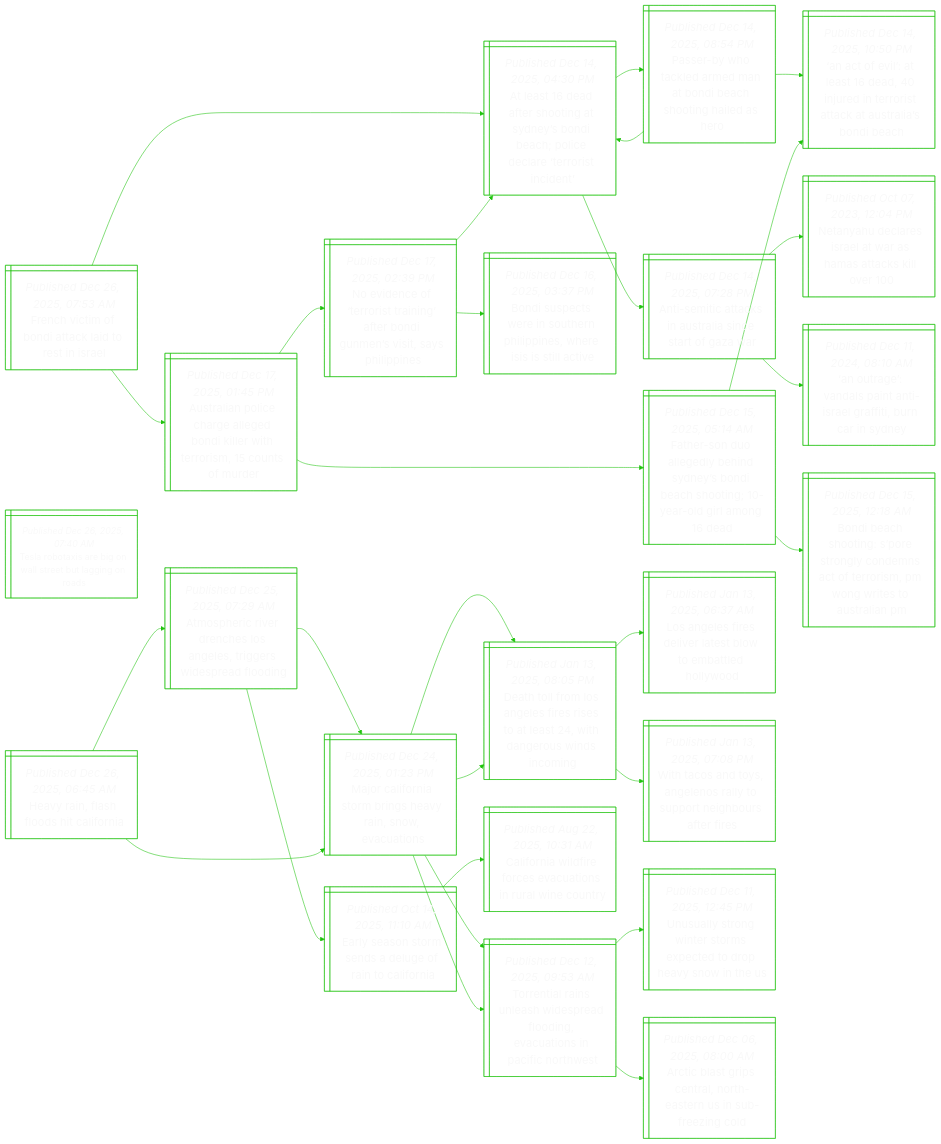
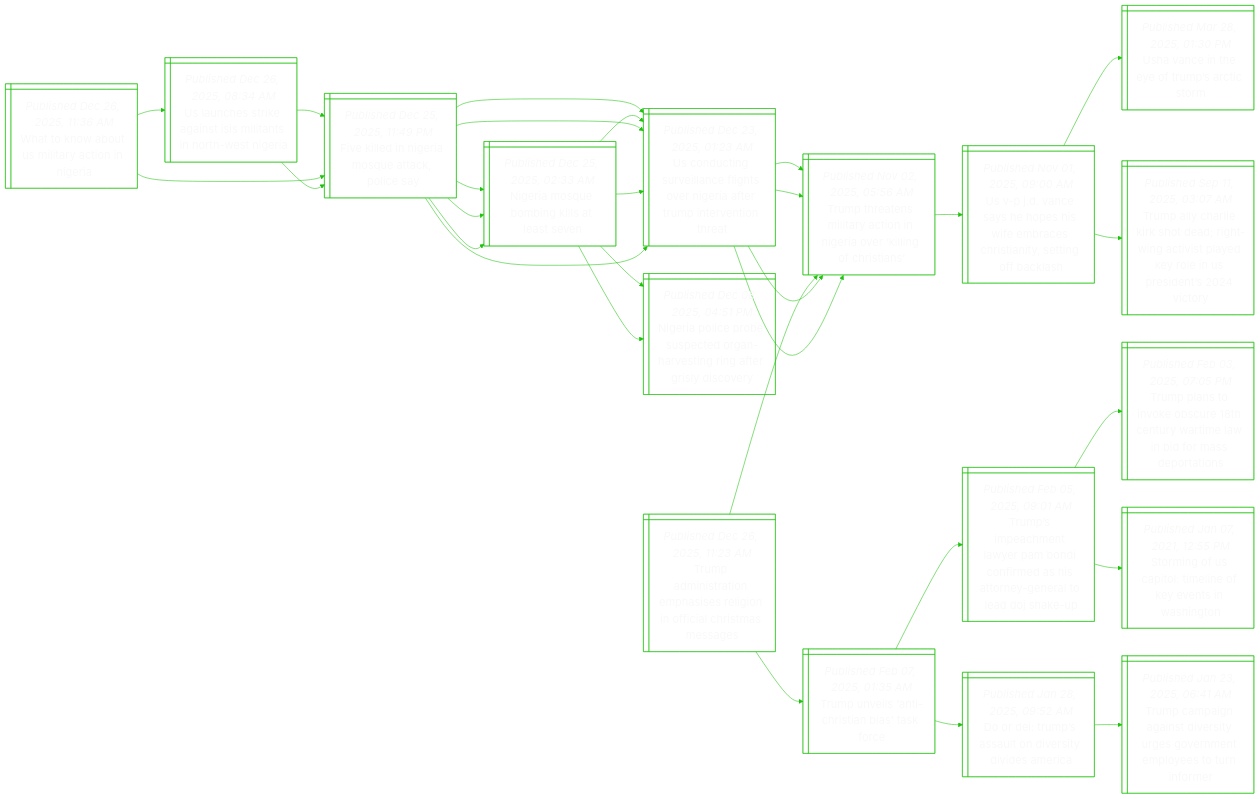
The diagram in README.md (notJmes/notJmes), drawn with Mermaid before and after one commit. The commit also changed other lines of this file, not shown here.

````diff
--- a/README.md
+++ b/README.md
@@ -16,97 +16,100 @@
 flowchart LR
 classDef txtsize font-size:20px;
 
-Fhiotloia@{ shape: win-pane, label: "_Published Dec 26, 2025, 07:53 AM_
-French victim of bondi attack laid to rest in israel" }
-Asdrttenaleeoie@{ shape: win-pane, label: "_Published Dec 14, 2025, 04:30 PM_
-At least 16 dead after shooting at sydney’s bondi beach; police declare ‘terrorist incident’" }
-Prolmnnaogee@{ shape: win-pane, label: "_Published Dec 14, 2025, 08:54 PM_
-Passer-by who tackled armed man at bondi beach shooting hailed as hero" }
-Asdrttenaleeoie@{ shape: win-pane, label: "_Published Dec 14, 2025, 04:30 PM_
-At least 16 dead after shooting at sydney’s bondi beach; police declare ‘terrorist incident’" }
-Aolaaunoaksina@{ shape: win-pane, label: "_Published Dec 14, 2025, 10:50 PM_
-‘an act of evil’: at least 16 dead, 40 injured in terrorist attack at australia’s bondi beach" }
-AeccAaitfw@{ shape: win-pane, label: "_Published Dec 14, 2025, 07:28 PM_
-Anti-semitic attacks in australia since start of gaza war" }
-NyeeawHakl@{ shape: win-pane, label: "_Published Oct 07, 2023, 12:04 PM_
-Netanyahu declares israel at war as hamas attacks kill over 100" }
-ArastIlfurd@{ shape: win-pane, label: "_Published Dec 11, 2024, 08:10 AM_
-‘an outrage’: vandals paint anti-israel graffiti, burn car in sydney" }
-Aapegeoiweiufe@{ shape: win-pane, label: "_Published Dec 17, 2025, 01:45 PM_
-Australian police charge alleged bondi killer with terrorism, 15 counts of murder" }
-Frueynnoehnrioa@{ shape: win-pane, label: "_Published Dec 15, 2025, 05:14 AM_
-Father-son duo allegedly behind sydney’s bondi beach shooting; 10-year-old girl among 16 dead" }
-Aolaaunoaksina@{ shape: win-pane, label: "_Published Dec 14, 2025, 10:50 PM_
-‘an act of evil’: at least 16 dead, 40 injured in terrorist attack at australia’s bondi beach" }
-BBsioryeceiWrtta@{ shape: win-pane, label: "_Published Dec 15, 2025, 12:18 AM_
-Bondi beach shooting: s’pore strongly condemns act of terrorism, pm wong writes to australian pm" }
-NdortnfoustPps@{ shape: win-pane, label: "_Published Dec 17, 2025, 02:39 PM_
-No evidence of ‘terrorist training’ after bondi gunmen’s visit, says philippines" }
-Asdrttenaleeoie@{ shape: win-pane, label: "_Published Dec 14, 2025, 04:30 PM_
-At least 16 dead after shooting at sydney’s bondi beach; police declare ‘terrorist incident’" }
-BscrorlneItc@{ shape: win-pane, label: "_Published Dec 16, 2025, 03:37 PM_
-Bondi suspects were in southern philippines, where isis is still active" }
+WoaUiang@{ shape: win-pane, label: "_Published Dec 26, 2025, 11:36 AM_
+What to know about us military action in nigeria" }
+UnsenIisrse@{ shape: win-pane, label: "_Published Dec 26, 2025, 08:34 AM_
+Us launches strike against isis militants in north-west nigeria" }
+Fiieoakc@{ shape: win-pane, label: "_Published Dec 25, 2025, 11:49 PM_
+Five killed in nigeria mosque attack, police say" }
+Niqmkase@{ shape: win-pane, label: "_Published Dec 25, 2025, 02:33 AM_
+Nigeria mosque bombing kills at least seven" }
+UdnvalsNiemeth@{ shape: win-pane, label: "_Published Dec 23, 2025, 01:23 AM_
+Us conducting surveillance flights over nigeria after trump intervention threat" }
+Fiieoakc@{ shape: win-pane, label: "_Published Dec 25, 2025, 11:49 PM_
+Five killed in nigeria mosque attack, police say" }
+Niqmkase@{ shape: win-pane, label: "_Published Dec 25, 2025, 02:33 AM_
+Nigeria mosque bombing kills at least seven" }
+UdnvalsNiemeth@{ shape: win-pane, label: "_Published Dec 23, 2025, 01:23 AM_
+Us conducting surveillance flights over nigeria after trump intervention threat" }
+Niioseavngrlcy@{ shape: win-pane, label: "_Published Dec 08, 2025, 04:51 PM_
+Nigeria police probe suspected organ-harvesting ring after grisly discovery" }
+UdnvalsNiemeth@{ shape: win-pane, label: "_Published Dec 23, 2025, 01:23 AM_
+Us conducting surveillance flights over nigeria after trump intervention threat" }
+TttiriNiriCt@{ shape: win-pane, label: "_Published Nov 02, 2025, 05:56 AM_
+Trump threatens military action in nigeria over ‘killing of christians’" }
+TttiriNiriCt@{ shape: win-pane, label: "_Published Nov 02, 2025, 05:56 AM_
+Trump threatens military action in nigeria over ‘killing of christians’" }
 
-Fhiotloia:::txtsize --> Asdrttenaleeoie:::txtsize
-Asdrttenaleeoie:::txtsize --> Prolmnnaogee:::txtsize
-Prolmnnaogee:::txtsize --> Asdrttenaleeoie:::txtsize
-Prolmnnaogee:::txtsize --> Aolaaunoaksina:::txtsize
-Asdrttenaleeoie:::txtsize --> AeccAaitfw:::txtsize
-AeccAaitfw:::txtsize --> NyeeawHakl:::txtsize
-AeccAaitfw:::txtsize --> ArastIlfurd:::txtsize
-Fhiotloia:::txtsize --> Aapegeoiweiufe:::txtsize
-Aapegeoiweiufe:::txtsize --> Frueynnoehnrioa:::txtsize
-Frueynnoehnrioa:::txtsize --> Aolaaunoaksina:::txtsize
-Frueynnoehnrioa:::txtsize --> BBsioryeceiWrtta:::txtsize
-Aapegeoiweiufe:::txtsize --> NdortnfoustPps:::txtsize
-NdortnfoustPps:::txtsize --> Asdrttenaleeoie:::txtsize
-NdortnfoustPps:::txtsize --> BscrorlneItc:::txtsize
+WoaUiang:::txtsize --> UnsenIisrse:::txtsize
+UnsenIisrse:::txtsize --> Fiieoakc:::txtsize
+Fiieoakc:::txtsize --> Niqmkase:::txtsize
+Fiieoakc:::txtsize --> UdnvalsNiemeth:::txtsize
+WoaUiang:::txtsize --> Fiieoakc:::txtsize
+Fiieoakc:::txtsize --> Niqmkase:::txtsize
+Niqmkase:::txtsize --> UdnvalsNiemeth:::txtsize
+Niqmkase:::txtsize --> Niioseavngrlcy:::txtsize
+Fiieoakc:::txtsize --> UdnvalsNiemeth:::txtsize
+UdnvalsNiemeth:::txtsize --> TttiriNiriCt:::txtsize
+UdnvalsNiemeth:::txtsize --> TttiriNiriCt:::txtsize
 
-TRarolelno@{ shape: win-pane, label: "_Published Dec 26, 2025, 07:40 AM_
-Tesla robotaxis are big on wall street but lagging on roads" }
+Taitmieofaisa@{ shape: win-pane, label: "_Published Dec 26, 2025, 11:23 AM_
+Trump administration emphasises religion in official christmas messages" }
+Tulisbar@{ shape: win-pane, label: "_Published Feb 07, 2025, 01:35 AM_
+Trump unveils ‘anti-christian bias’ task force" }
+TsanymiiaAnntdhp@{ shape: win-pane, label: "_Published Feb 05, 2025, 09:01 AM_
+Trump’s impeachment lawyer pam bondi confirmed as his attorney-general to lead doj shake-up" }
+Tptosttaenosro@{ shape: win-pane, label: "_Published Feb 03, 2025, 07:05 PM_
+Trump plans to invoke obscure 18th century wartime law in bid for mass deportations" }
+SiUiinenWn@{ shape: win-pane, label: "_Published Jan 07, 2021, 12:55 PM_
+Storming of us capitol: timeline of key events in washington" }
+DEmsoeyde@{ shape: win-pane, label: "_Published Jan 28, 2025, 09:52 AM_
+Do or dei: trump’s assault on diversity divides america" }
+Tciadsrommetne@{ shape: win-pane, label: "_Published Jan 23, 2025, 06:41 AM_
+Trump campaign against diversity urges government employees to turn informer" }
+TttiriNiriCt@{ shape: win-pane, label: "_Published Nov 02, 2025, 05:56 AM_
+Trump threatens military action in nigeria over ‘killing of christians’" }
+UDehewmeinegas@{ shape: win-pane, label: "_Published Nov 01, 2025, 09:00 AM_
+Us v-p j.d. vance says he hopes his wife embraces christianity, setting off backlash" }
+UanyrAcm@{ shape: win-pane, label: "_Published Mar 28, 2025, 01:30 PM_
+Usha vance in the eye of trump’s arctic storm" }
+TahesegnipdoUstt@{ shape: win-pane, label: "_Published Sep 11, 2025, 03:07 AM_
+Trump ally charlie kirk shot dead; right-wing activist played key role in us president’s 2024 victory" }
 
+Taitmieofaisa:::txtsize --> Tulisbar:::txtsize
+Tulisbar:::txtsize --> TsanymiiaAnntdhp:::txtsize
+TsanymiiaAnntdhp:::txtsize --> Tptosttaenosro:::txtsize
+TsanymiiaAnntdhp:::txtsize --> SiUiinenWn:::txtsize
+Tulisbar:::txtsize --> DEmsoeyde:::txtsize
+DEmsoeyde:::txtsize --> Tciadsrommetne:::txtsize
+Taitmieofaisa:::txtsize --> TttiriNiriCt:::txtsize
+TttiriNiriCt:::txtsize --> UDehewmeinegas:::txtsize
+UDehewmeinegas:::txtsize --> UanyrAcm:::txtsize
+UDehewmeinegas:::txtsize --> TahesegnipdoUstt:::txtsize
 
-Hrllhln@{ shape: win-pane, label: "_Published Dec 26, 2025, 06:45 AM_
-Heavy rain, flash floods hit california" }
-Apcrcoerreao@{ shape: win-pane, label: "_Published Dec 25, 2025, 07:29 AM_
-Atmospheric river drenches los angeles, triggers widespread flooding" }
-MCosbsysvt@{ shape: win-pane, label: "_Published Dec 24, 2025, 01:23 PM_
-Major california storm brings heavy rain, snow, evacuations" }
-Dtrslrsashewii@{ shape: win-pane, label: "_Published Jan 13, 2025, 08:05 PM_
-Death toll from los angeles fires rises to at least 24, with dangerous winds incoming" }
-TnruseaoeascNw@{ shape: win-pane, label: "_Published Dec 12, 2025, 09:53 AM_
-Torrential rains unleash widespread flooding, evacuations in pacific northwest" }
-Esnmsurofa@{ shape: win-pane, label: "_Published Oct 14, 2025, 11:10 AM_
-Early season storm sends a deluge of rain to california" }
-Cowirvtiaet@{ shape: win-pane, label: "_Published Aug 22, 2025, 10:31 AM_
-California wildfire forces evacuations in rural wine country" }
-MCosbsysvt@{ shape: win-pane, label: "_Published Dec 24, 2025, 01:23 PM_
-Major california storm brings heavy rain, snow, evacuations" }
-Dtrslrsashewii@{ shape: win-pane, label: "_Published Jan 13, 2025, 08:05 PM_
-Death toll from los angeles fires rises to at least 24, with dangerous winds incoming" }
-Lgfdeeomllo@{ shape: win-pane, label: "_Published Jan 13, 2025, 06:37 AM_
-Los angeles fires deliver latest blow to embattled hollywood" }
-Wanslrtpeofi@{ shape: win-pane, label: "_Published Jan 13, 2025, 07:08 PM_
-With tacos and toys, angelenos rally to support neighbours after fires" }
-TnruseaoeascNw@{ shape: win-pane, label: "_Published Dec 12, 2025, 09:53 AM_
-Torrential rains unleash widespread flooding, evacuations in pacific northwest" }
-UatwrmetpyiU@{ shape: win-pane, label: "_Published Dec 11, 2025, 12:45 PM_
-Unusually strong winter storms expected to drop heavy snow in the us" }
-ActsrrsUuec@{ shape: win-pane, label: "_Published Dec 06, 2025, 08:00 AM_
-Arctic blast grips central, north-eastern us in sub-freezing cold" }
+UnsenIisrse@{ shape: win-pane, label: "_Published Dec 26, 2025, 08:34 AM_
+Us launches strike against isis militants in north-west nigeria" }
+Fiieoakc@{ shape: win-pane, label: "_Published Dec 25, 2025, 11:49 PM_
+Five killed in nigeria mosque attack, police say" }
+Niqmkase@{ shape: win-pane, label: "_Published Dec 25, 2025, 02:33 AM_
+Nigeria mosque bombing kills at least seven" }
+UdnvalsNiemeth@{ shape: win-pane, label: "_Published Dec 23, 2025, 01:23 AM_
+Us conducting surveillance flights over nigeria after trump intervention threat" }
+Niioseavngrlcy@{ shape: win-pane, label: "_Published Dec 08, 2025, 04:51 PM_
+Nigeria police probe suspected organ-harvesting ring after grisly discovery" }
+UdnvalsNiemeth@{ shape: win-pane, label: "_Published Dec 23, 2025, 01:23 AM_
+Us conducting surveillance flights over nigeria after trump intervention threat" }
+TttiriNiriCt@{ shape: win-pane, label: "_Published Nov 02, 2025, 05:56 AM_
+Trump threatens military action in nigeria over ‘killing of christians’" }
+TttiriNiriCt@{ shape: win-pane, label: "_Published Nov 02, 2025, 05:56 AM_
+Trump threatens military action in nigeria over ‘killing of christians’" }
 
-Hrllhln:::txtsize --> Apcrcoerreao:::txtsize
-Apcrcoerreao:::txtsize --> MCosbsysvt:::txtsize
-MCosbsysvt:::txtsize --> Dtrslrsashewii:::txtsize
-MCosbsysvt:::txtsize --> TnruseaoeascNw:::txtsize
-Apcrcoerreao:::txtsize --> Esnmsurofa:::txtsize
-Esnmsurofa:::txtsize --> Cowirvtiaet:::txtsize
-Hrllhln:::txtsize --> MCosbsysvt:::txtsize
-MCosbsysvt:::txtsize --> Dtrslrsashewii:::txtsize
-Dtrslrsashewii:::txtsize --> Lgfdeeomllo:::txtsize
-Dtrslrsashewii:::txtsize --> Wanslrtpeofi:::txtsize
-MCosbsysvt:::txtsize --> TnruseaoeascNw:::txtsize
-TnruseaoeascNw:::txtsize --> UatwrmetpyiU:::txtsize
-TnruseaoeascNw:::txtsize --> ActsrrsUuec:::txtsize
+UnsenIisrse:::txtsize --> Fiieoakc:::txtsize
+Fiieoakc:::txtsize --> Niqmkase:::txtsize
+Niqmkase:::txtsize --> UdnvalsNiemeth:::txtsize
+Niqmkase:::txtsize --> Niioseavngrlcy:::txtsize
+Fiieoakc:::txtsize --> UdnvalsNiemeth:::txtsize
+UdnvalsNiemeth:::txtsize --> TttiriNiriCt:::txtsize
+UdnvalsNiemeth:::txtsize --> TttiriNiriCt:::txtsize
 
 ```
````
